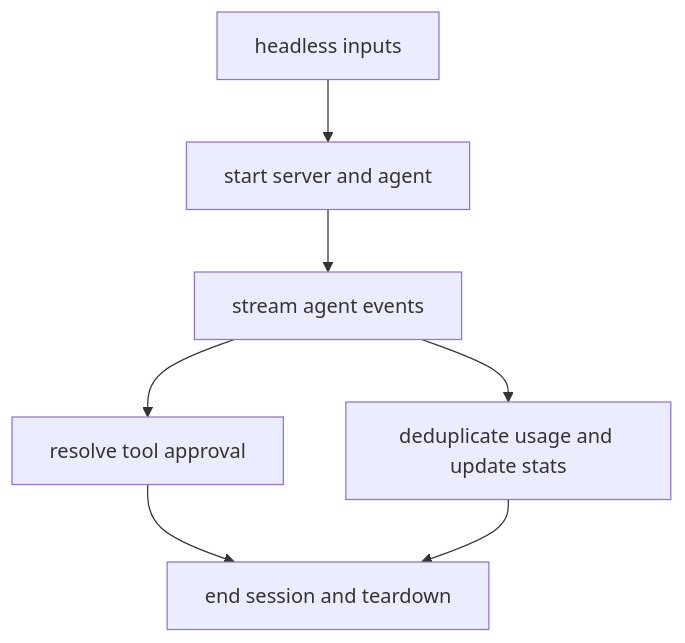
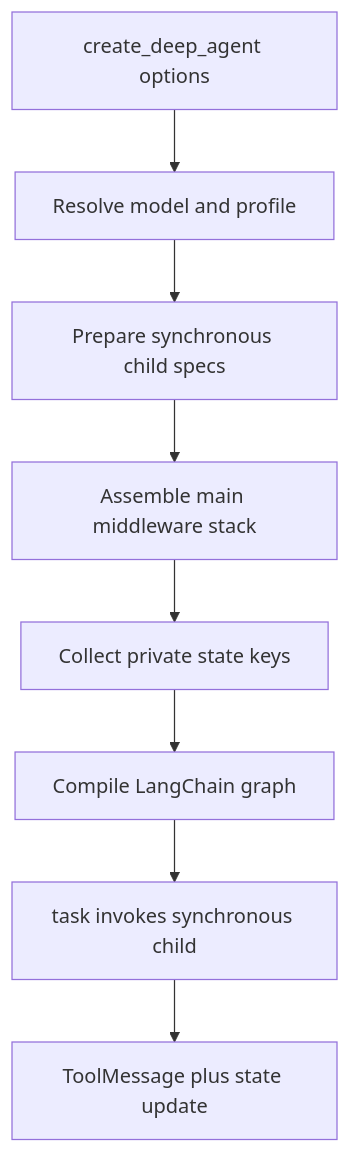
The diagram in openwiki/testing/testing-guide.md (langchain-ai/deepagents), drawn with Mermaid before and after one commit. The commit also changed other lines of this file and 30 other files, not shown here.

````diff
--- a/openwiki/testing/testing-guide.md
+++ b/openwiki/testing/testing-guide.md
@@ -88,9 +60,10 @@
 ```mermaid
 flowchart TD
-    Input["headless inputs"] --> Start["start server and agent"]
-    Start --> Stream["stream agent events"]
-    Stream --> Stats["deduplicate usage and update stats"]
-    Stream --> Hitl["resolve tool approval"]
-    Hitl --> Finish["end session and teardown"]
-    Stats --> Finish
+    Input["create_deep_agent options"] --> Profile["Resolve model and profile"]
+    Profile --> Children["Prepare synchronous child specs"]
+    Children --> Main["Assemble main middleware stack"]
+    Main --> Private["Collect private state keys"]
+    Private --> Compile["Compile LangChain graph"]
+    Compile --> Task["task invokes synchronous child"]
+    Task --> Result["ToolMessage plus state update"]
 ```
````
